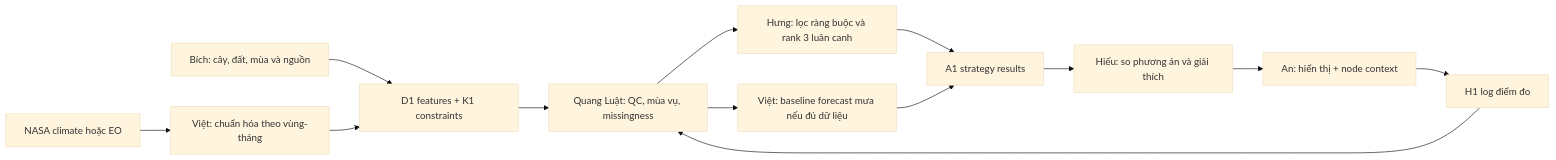
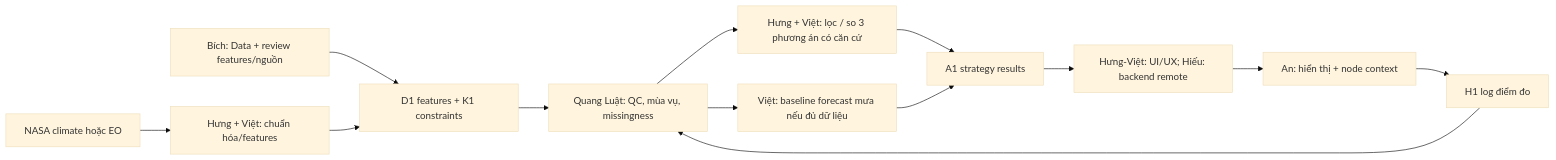
Before and after one commit to NeuraX-Lab/neurax-docs: the diagram in nasa-space-apps-2026/planning/workflows/field-shift.md, drawn with Mermaid (base theme). The commit also changed other lines of this file and 210 other files, not shown here.

````diff
--- a/nasa-space-apps-2026/planning/workflows/field-shift.md
+++ b/nasa-space-apps-2026/planning/workflows/field-shift.md
@@ -10,15 +12,15 @@
 ```mermaid
 flowchart LR
-  N["NASA climate hoặc EO"] --> V["Việt: chuẩn hóa theo vùng-tháng"]
-  K["Bích: cây, đất, mùa và nguồn"] --> D["D1 features + K1 constraints"]
+  N["NASA climate hoặc EO"] --> V["Hưng + Việt: chuẩn hóa/features"]
+  K["Bích: Data + review features/nguồn"] --> D["D1 features + K1 constraints"]
   V --> D
   D --> Q["Quang Luật: QC, mùa vụ, missingness"]
-  Q --> H["Hưng: lọc ràng buộc và rank 3 luân canh"]
+  Q --> H["Hưng + Việt: lọc / so 3 phương án có căn cứ"]
   Q --> F["Việt: baseline forecast mưa nếu đủ dữ liệu"]
   H --> A["A1 strategy results"]
   F --> A
-  A --> I["Hiếu: so phương án và giải thích"]
+  A --> I["Hưng-Việt: UI/UX; Hiếu: backend remote"]
   I --> AN["An: hiển thị + node context"]
   AN --> L["H1 log điểm đo"]
   L --> Q
 ```
````
